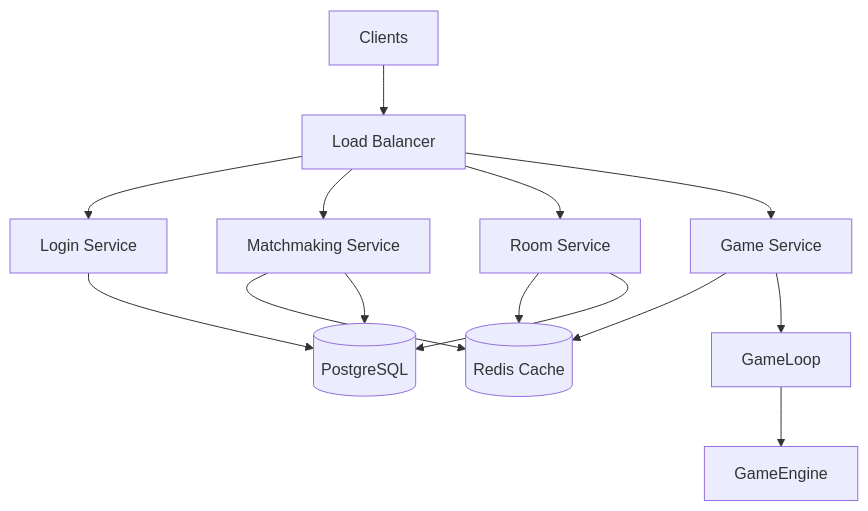
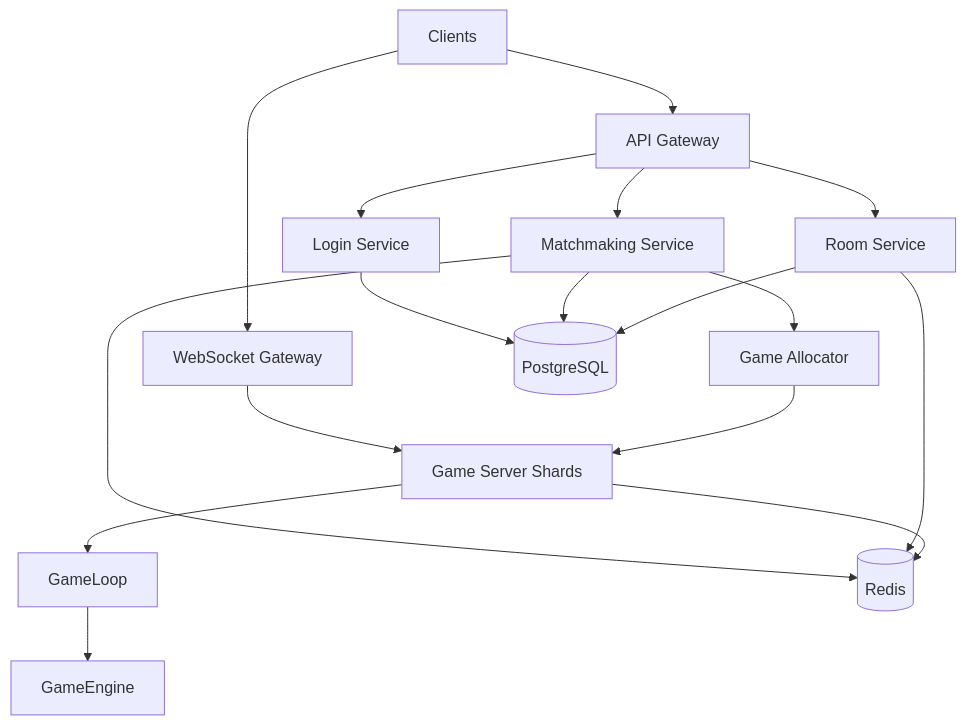
One commit to MalyOrlinsky/Chess changed the diagram in Server_Design.MD. Above: the diagram before and after it, drawn with Mermaid. The commit also changed other lines of this file and 18 other files, not shown here.

````diff
--- a/Server_Design.MD
+++ b/Server_Design.MD
@@ -45,37 +46,46 @@
 ```mermaid
 flowchart TD
 
     Client[Clients]
 
-    LB[Load Balancer]
+    APIGW[API Gateway]
+    WSGW[WebSocket Gateway]
 
     Login[Login Service]
     Match[Matchmaking Service]
     Room[Room Service]
-    Game[Game Service]
+
+    Allocator[Game Allocator]
+
+    Game[Game Server Shards]
 
     Loop[GameLoop]
     Engine[GameEngine]
 
+    Redis[(Redis)]
     DB[(PostgreSQL)]
 
-    Redis[(Redis Cache)]
+    Client --> APIGW
+    Client --> WSGW
 
-    Match --> Redis
-    Game --> Redis
-    Room --> Redis
+    APIGW --> Login
+    APIGW --> Match
+    APIGW --> Room
 
-    Client --> LB
+    Match --> Allocator
 
-    LB --> Login
-    LB --> Match
-    LB --> Room
-    LB --> Game
+    WSGW --> Game
+
+    Allocator --> Game
 
     Game --> Loop
     Loop --> Engine
 
     Login --> DB
     Match --> DB
     Room --> DB
+
+    Match --> Redis
+    Room --> Redis
+    Game --> Redis
 ```
````
